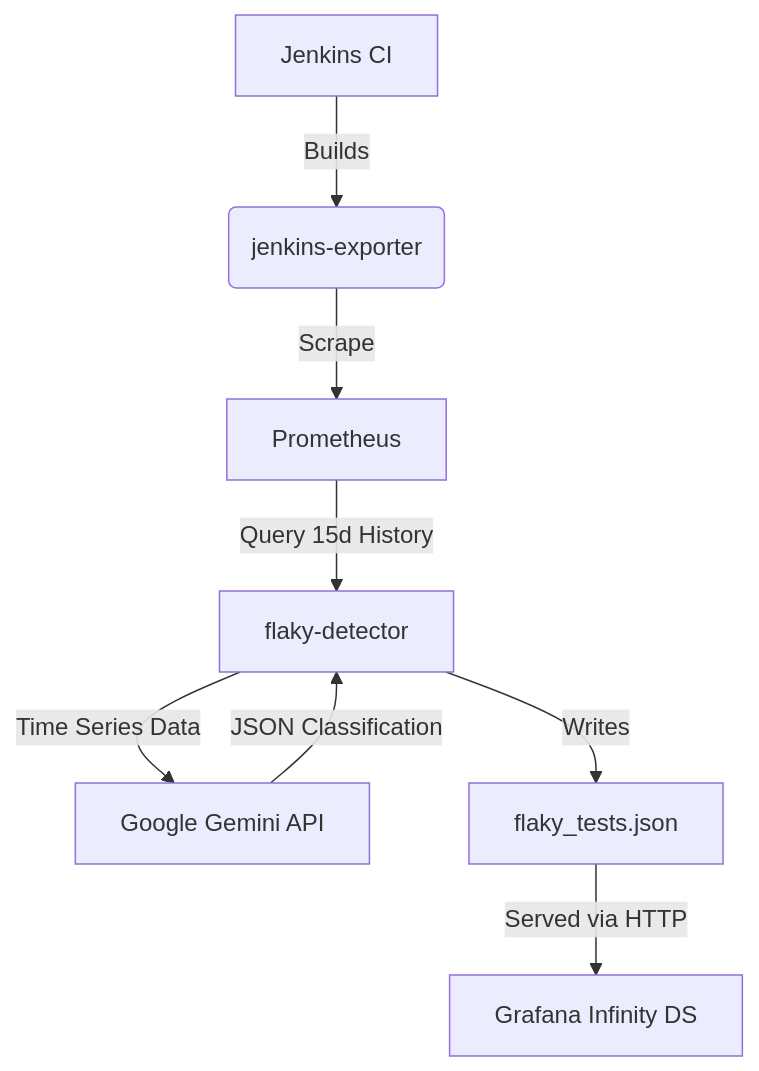
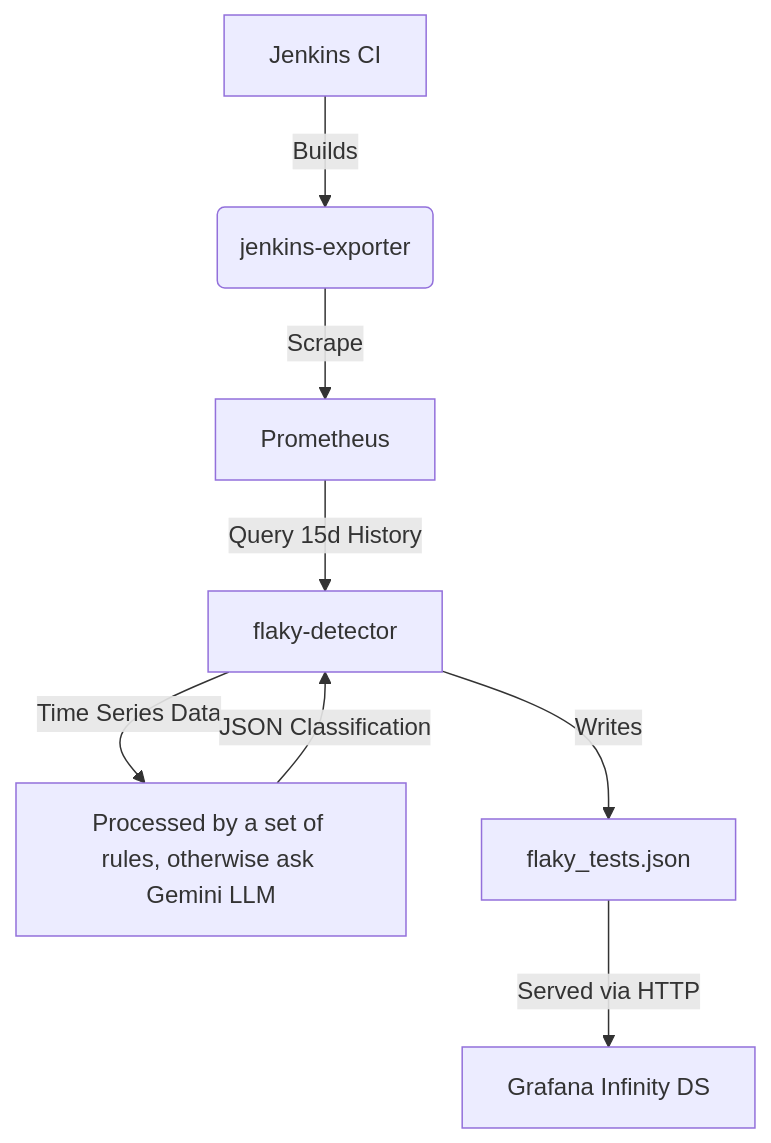
One commit to srbarrios/jenkins-flaky-tests-detector changed the diagram in README.md. Above: the diagram before and after it, drawn with Mermaid.

````diff
--- a/README.md
+++ b/README.md
@@ -18,10 +18,10 @@
 ```mermaid
 graph TD
     A[Jenkins CI] -->|Builds| B(jenkins-exporter)
     B -->|Scrape| C[Prometheus]
     C -->|Query 15d History| D[flaky-detector]
-    D -->|Time Series Data| E[Google Gemini API]
+    D -->|Time Series Data| E[Processed by a set of rules, otherwise ask Gemini LLM]
     E -->|JSON Classification| D
     D -->|Writes| F[flaky_tests.json]
     F -->|Served via HTTP| G[Grafana Infinity DS]
 ```
````
